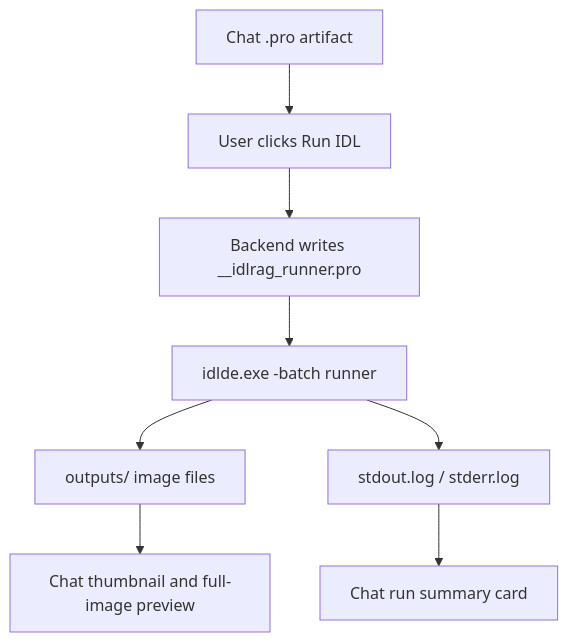
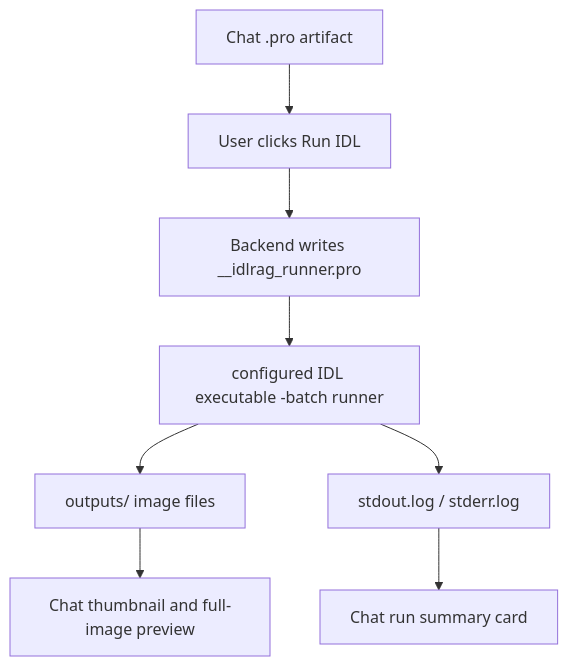
The fourth of 4 diagrams in docs/project-showcase.en-US.md (GeoSyntax/idl-rag), drawn with Mermaid before and after one commit. The commit also changed other lines of this file and 102 other files, not shown here.

````diff
--- a/docs/project-showcase.en-US.md
+++ b/docs/project-showcase.en-US.md
@@ -128,10 +128,10 @@
 ```mermaid
 flowchart TD
   Artifact[Chat .pro artifact] --> Click[User clicks Run IDL]
   Click --> Runner[Backend writes __idlrag_runner.pro]
-  Runner --> Batch[idlde.exe -batch runner]
+  Runner --> Batch[configured IDL executable -batch runner]
   Batch --> Output[outputs/ image files]
   Batch --> Logs[stdout.log / stderr.log]
   Output --> Preview[Chat thumbnail and full-image preview]
   Logs --> Summary[Chat run summary card]
 ```
````
